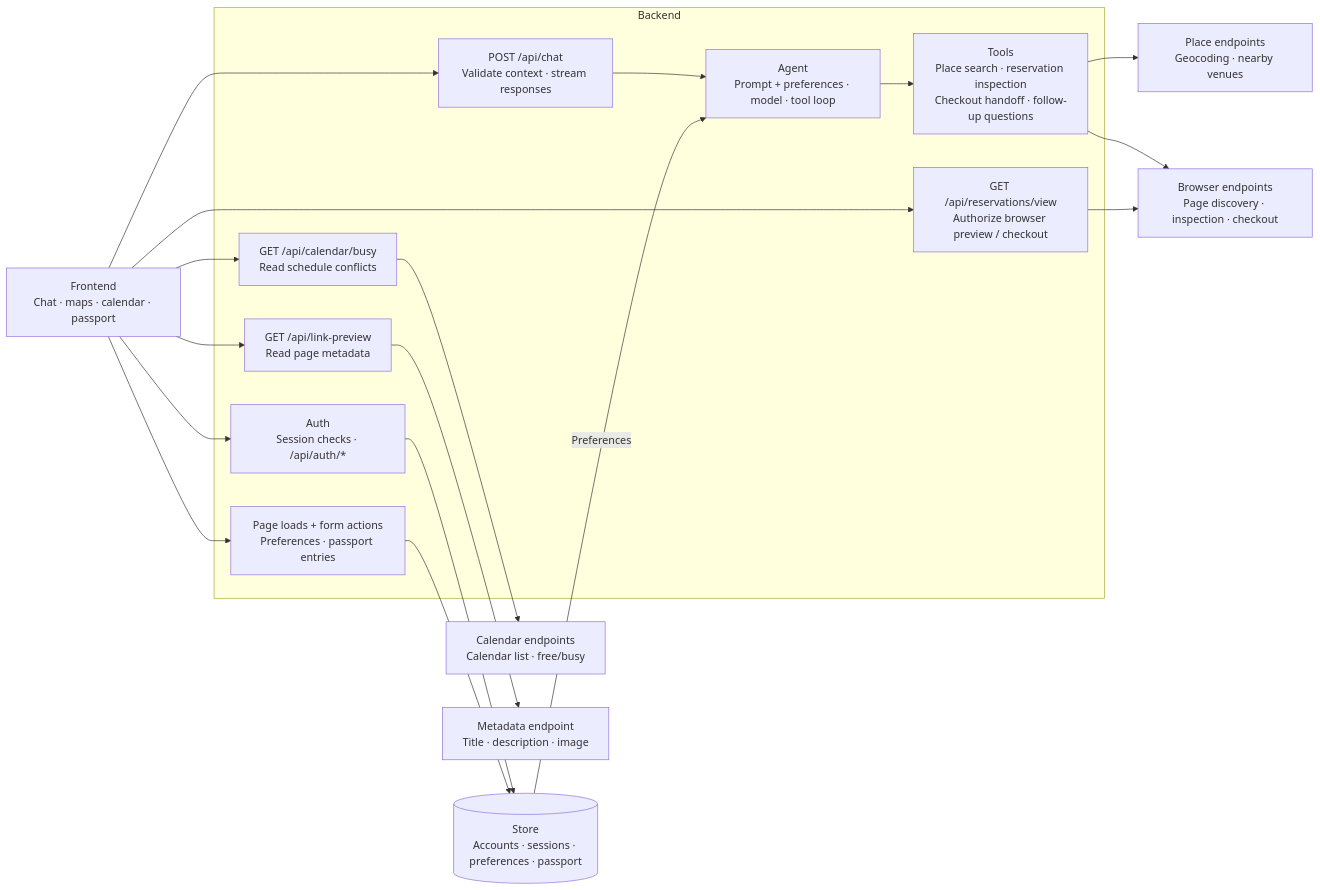
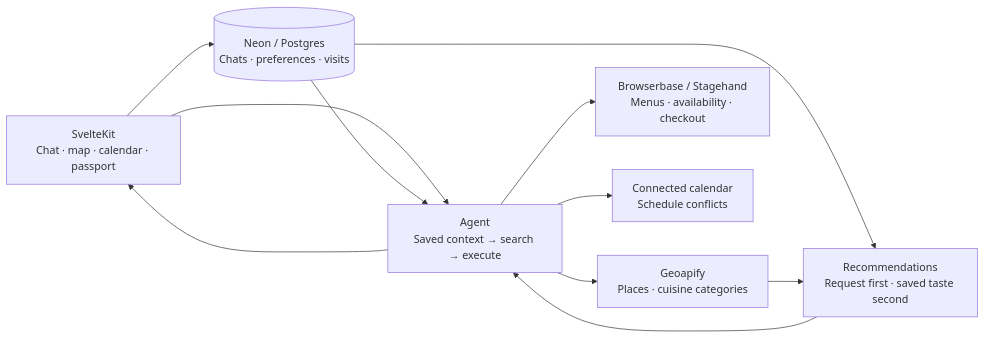
Before and after one commit to dunkeln/concierge: the diagram in README.md, drawn with Mermaid. The commit also changed other lines of this file and 65 other files, not shown here.

First line of the commit message:
Complete the reservation checkout and submission evidence

````diff
--- a/README.md
+++ b/README.md
@@ -9,33 +23,18 @@
 ```mermaid
 flowchart LR
-    UI["Frontend<br/>Chat · maps · calendar · passport"]
+    UI["SvelteKit<br/>Chat · map · calendar · passport"]
+    Agent["Agent<br/>Saved context → search → execute"]
+    Rank["Recommendations<br/>Request first · saved taste second"]
+    Sources["Geoapify<br/>Places · cuisine categories"]
+    Browser["Browserbase / Stagehand<br/>Menus · availability · checkout"]
+    Store[("Neon / Postgres<br/>Chats · preferences · visits")]
+    Calendar["Connected calendar<br/>Schedule conflicts"]
 
-    subgraph Backend
-        Auth["Auth<br/>Session checks · /api/auth/*"]
-        Chat["POST /api/chat<br/>Validate context · stream responses"]
-        Agent["Agent<br/>Prompt + preferences · model · tool loop"]
-        Tools["Tools<br/>Place search · reservation inspection<br/>Checkout handoff · follow-up questions"]
-        Busy["GET /api/calendar/busy<br/>Read schedule conflicts"]
-        Preview["GET /api/reservations/view<br/>Authorize browser preview / checkout"]
-        Links["GET /api/link-preview<br/>Read page metadata"]
-        Profile["Page loads + form actions<br/>Preferences · passport entries"]
-    end
-
-    Store[("Store<br/>Accounts · sessions · preferences · passport")]
-    Places["Place endpoints<br/>Geocoding · nearby venues"]
-    Browser["Browser endpoints<br/>Page discovery · inspection · checkout"]
-    Calendar["Calendar endpoints<br/>Calendar list · free/busy"]
-    Metadata["Metadata endpoint<br/>Title · description · image"]
-
-    UI --> Auth
-    Auth --> Store
-    UI --> Chat & Busy & Preview & Links & Profile
-    Chat --> Agent
-    Store -->|Preferences| Agent
-    Agent --> Tools
-    Tools --> Places & Browser
-    Busy --> Calendar
-    Preview --> Browser
-    Links --> Metadata
-    Profile --> Store
+    UI --> Agent
+    Store --> Agent & Rank
+    Agent --> Sources & Browser & Calendar
+    Sources --> Rank
+    Rank --> Agent
+    Agent --> UI
+    UI --> Store
 ```
````
